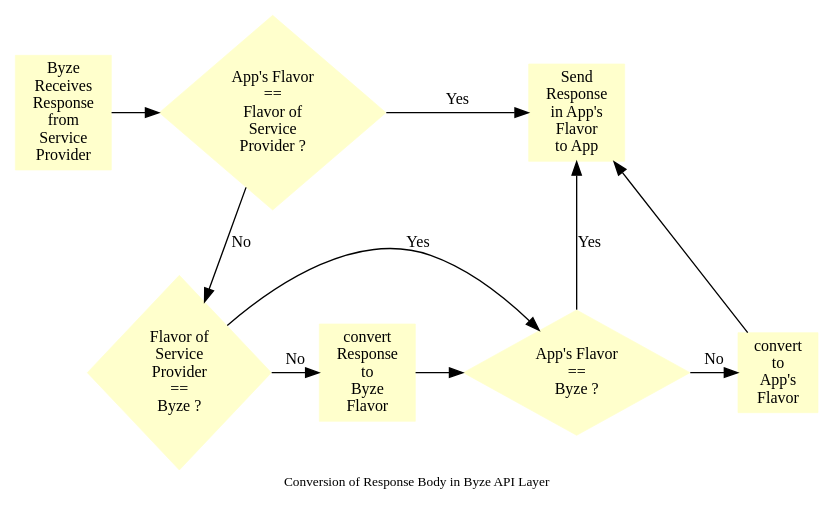
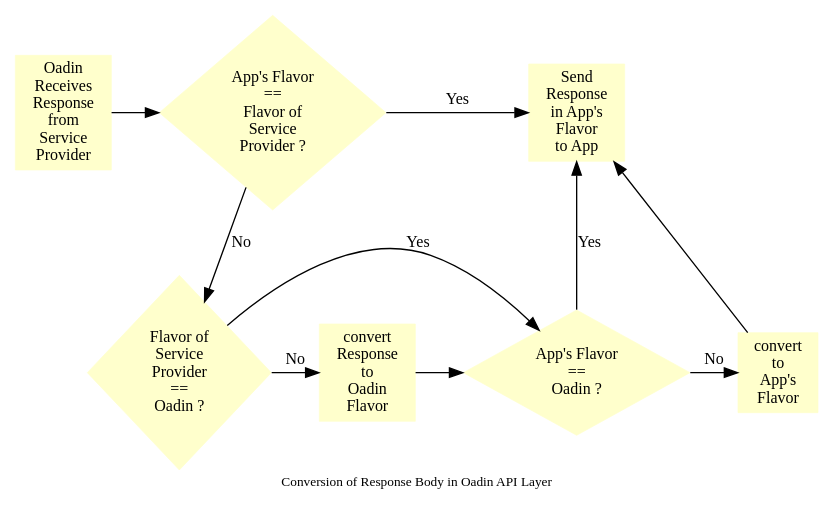
Before and after one commit to DigitalChinaOpenSource/oadin: the third of 5 diagrams in docs/en/source/aog_mechanism.rst, drawn with Graphviz. The commit also changed other lines of this file and 117 other files, not shown here.

```diff
--- a/docs/en/source/aog_mechanism.rst
+++ b/docs/en/source/aog_mechanism.rst
@@ -196,39 +196,39 @@
 .. graphviz:: 
     :align: center
 
     digraph G {
         rankdir=TB
         compound=true
-        label = "Conversion of Response Body in Byze API Layer"
+        label = "Conversion of Response Body in Oadin API Layer"
         graph [fontname = "Verdana", fontsize = 10, style="filled", penwidth=0.5]
         node [fontname = "Verdana", fontsize = 12, shape=box, color="#ffffcc", style="filled", penwidth=0.5]
         edge [fontname = "Verdana", fontsize = 12 ]
 
-        receive [label="Byze \nReceives \nResponse\nfrom\nService\nProvider"]
+        receive [label="Oadin \nReceives \nResponse\nfrom\nService\nProvider"]
         is_same_flavor [label="App's Flavor\n==\nFlavor of \nService \nProvider ?", shape=diamond]
-        is_app_byze [label="App's Flavor\n==\nByze ?", shape=diamond]
-        is_sp_byze [label="Flavor of \nService\nProvider\n==\nByze ?", shape=diamond]
-        to_byze [label="convert\nResponse\nto\nByze\nFlavor"]
-        from_byze [label="convert\nto\nApp's\nFlavor"]
+        is_app_oadin [label="App's Flavor\n==\nOadin ?", shape=diamond]
+        is_sp_oadin [label="Flavor of \nService\nProvider\n==\nOadin ?", shape=diamond]
+        to_oadin [label="convert\nResponse\nto\nOadin\nFlavor"]
+        from_oadin [label="convert\nto\nApp's\nFlavor"]
         send [label="Send\nResponse\nin App's\nFlavor\nto App"]
 
         receive->is_same_flavor
         is_same_flavor->send [label="Yes"]
-        is_same_flavor->is_sp_byze [label="No"]
-        is_sp_byze -> is_app_byze [label="Yes"]
-        is_sp_byze -> to_byze [label="No"]
-        to_byze -> is_app_byze
-        is_app_byze -> send [label="Yes"]
-        is_app_byze -> from_byze [label="No"]
-        from_byze -> send
+        is_same_flavor->is_sp_oadin [label="No"]
+        is_sp_oadin -> is_app_oadin [label="Yes"]
+        is_sp_oadin -> to_oadin [label="No"]
+        to_oadin -> is_app_oadin
+        is_app_oadin -> send [label="Yes"]
+        is_app_oadin -> from_oadin [label="No"]
+        from_oadin -> send
 
         subgraph r1 {
             rank="same"
             receive, is_same_flavor, send
         }
 
         subgraph r2 {
             rank="same"
-            is_app_byze, to_byze, is_sp_byze, from_byze
+            is_app_oadin, to_oadin, is_sp_oadin, from_oadin
         }
     }
```
